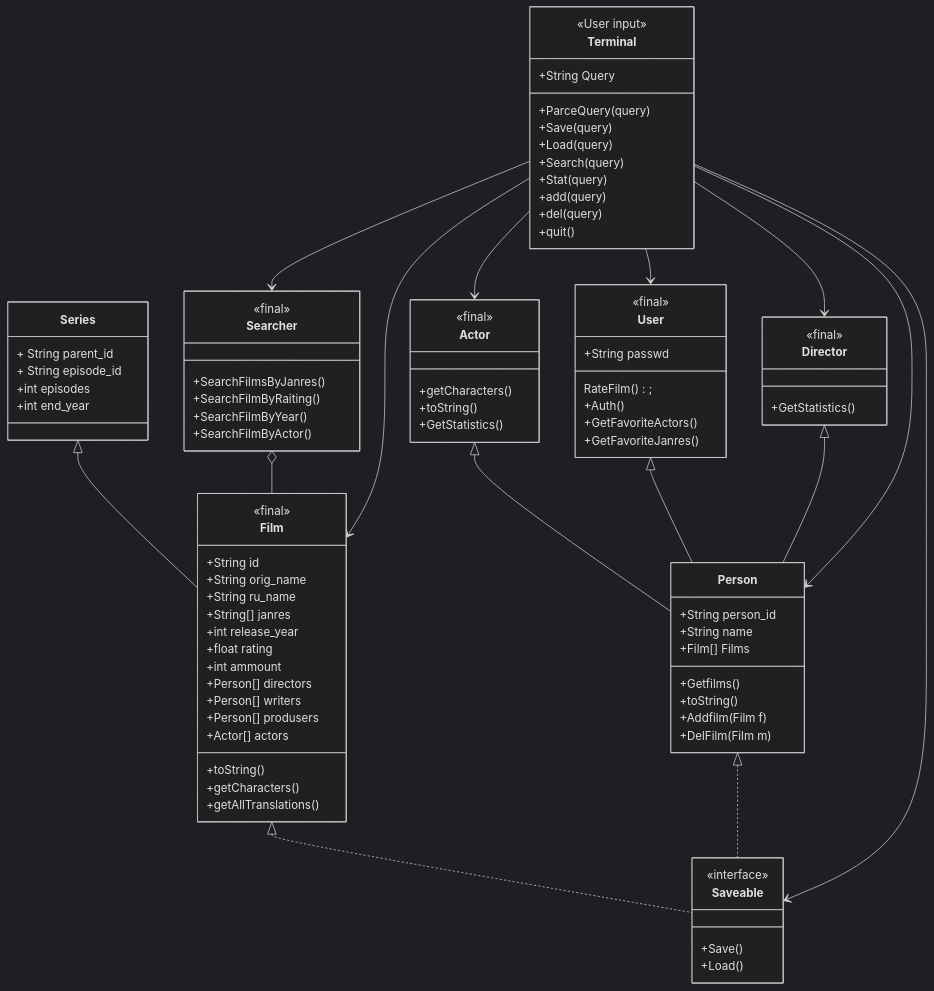
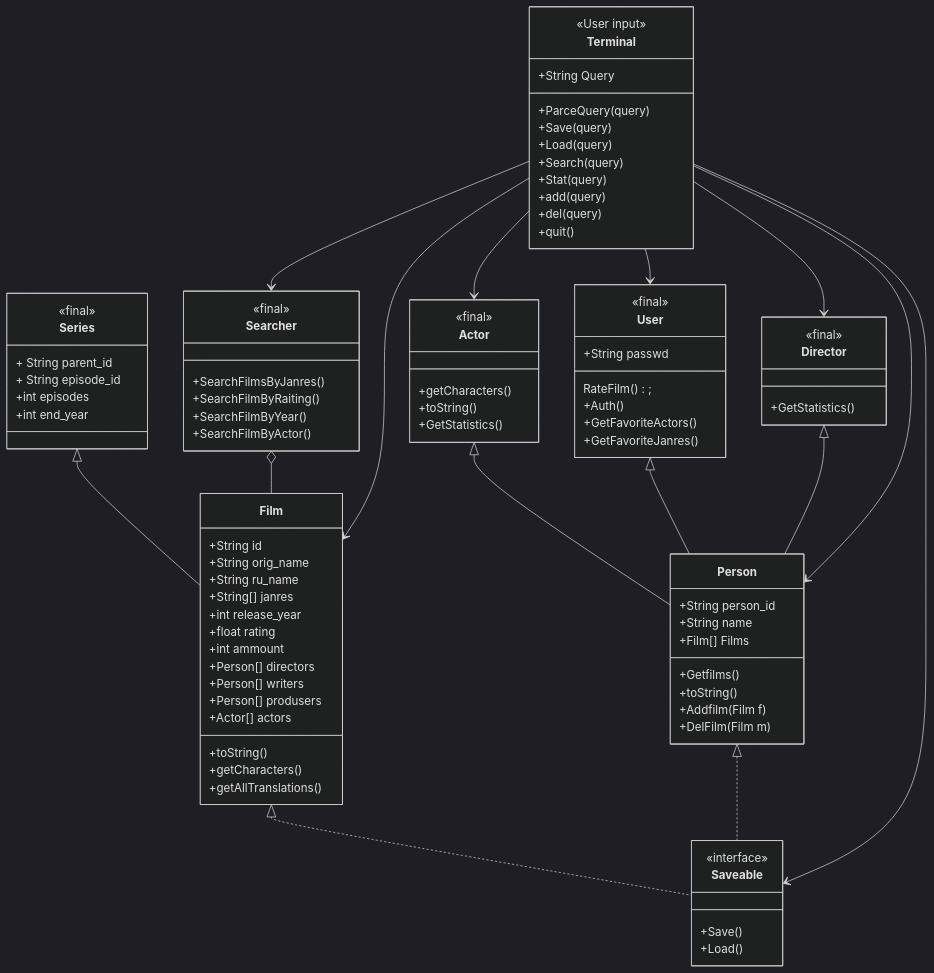
The diagram in Java_OOP/Monastyrskiy/Java_project/docs/structure.md (mmonastyrskiy/Programming_3_sem), drawn with Mermaid (dark theme) before and after one commit.

```diff
--- a/Java_OOP/Monastyrskiy/Java_project/docs/structure.md
+++ b/Java_OOP/Monastyrskiy/Java_project/docs/structure.md
@@ -28,7 +28,6 @@
     }
     
     class Film{
-    	<<final>>
     	+String id
     	+String orig_name
     	+String ru_name
@@ -47,6 +46,7 @@
 
     }
     class Series {
+    <<final>>
     + String parent_id
     + String episode_id
     +int episodes
```
